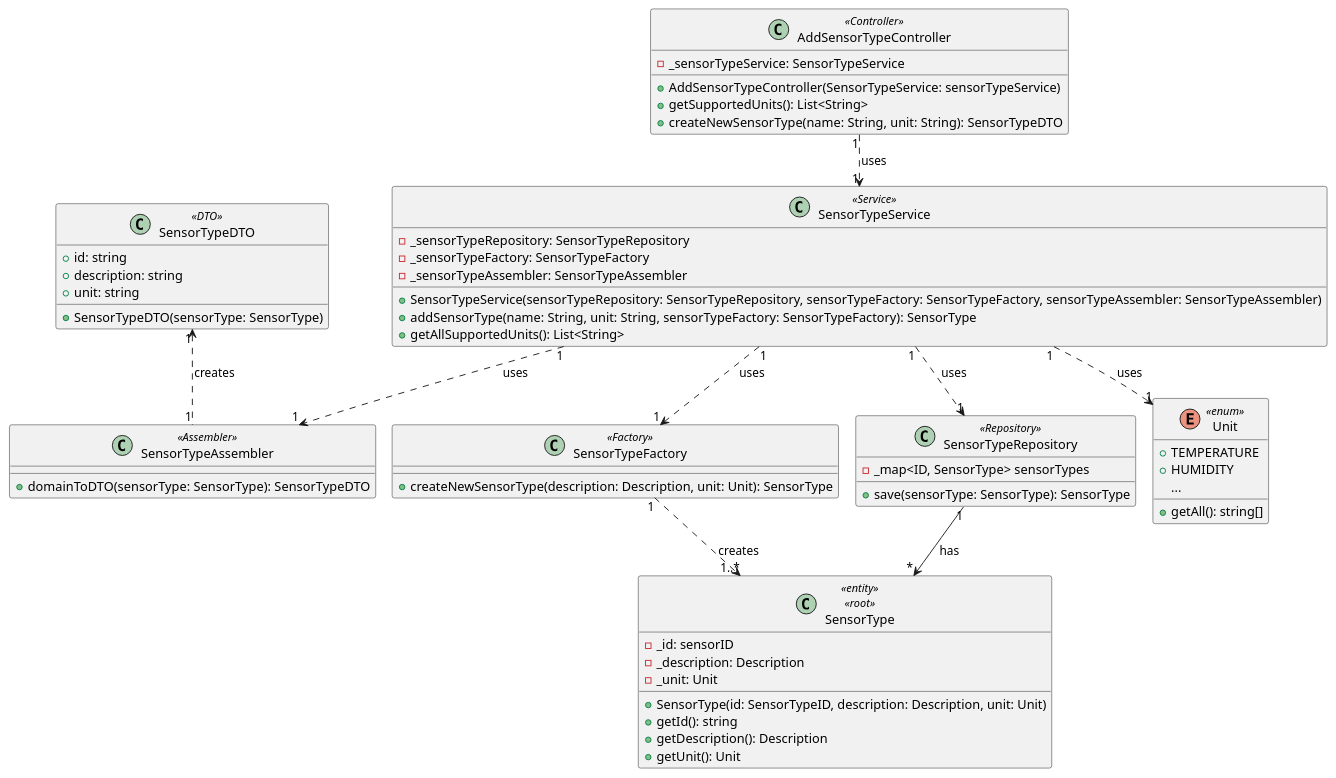
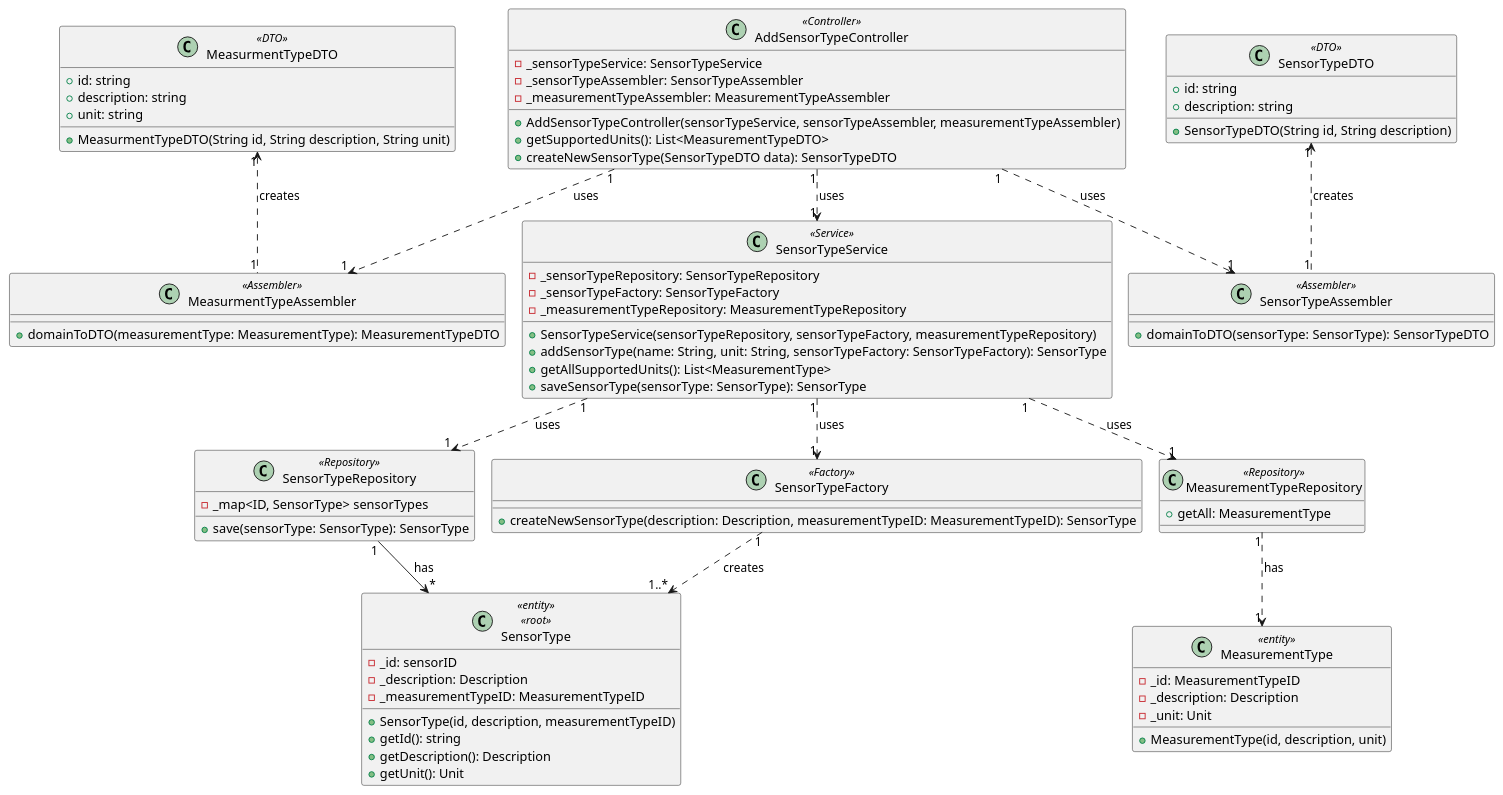
One commit to olivDiogo/SmartHome changed the diagram in docs/userStories/us04/artifacts/US04CD.puml. Above: the diagram before and after it, drawn with PlantUML. The commit also changed 12 other files, not shown here.

Commit message:
#127 updated diagrams for US04 #59 updated example diagrams

```diff
--- a/docs/userStories/us04/artifacts/US04CD.puml
+++ b/docs/userStories/us04/artifacts/US04CD.puml
@@ -1,66 +1,85 @@
 @startuml
 !pragma layout smetana
 
 class SensorType<<entity>> <<root>> {
   - _id: sensorID
   - _description: Description
-  - _unit: Unit
-  + SensorType(id: SensorTypeID, description: Description, unit: Unit)
+  - _measurementTypeID: MeasurementTypeID
+  + SensorType(id, description, measurementTypeID)
   + getId(): string
   + getDescription(): Description
   + getUnit(): Unit
   }
 
 class SensorTypeFactory<<Factory>> {
-  + createNewSensorType(description: Description, unit: Unit): SensorType
+  + createNewSensorType(description: Description, measurementTypeID: MeasurementTypeID): SensorType
   }
 
 class SensorTypeRepository<<Repository>> {
   - _map<ID, SensorType> sensorTypes
   + save(sensorType: SensorType): SensorType
   }
 class SensorTypeService<<Service>> {
     - _sensorTypeRepository: SensorTypeRepository
     - _sensorTypeFactory: SensorTypeFactory
-    - _sensorTypeAssembler: SensorTypeAssembler
-  + SensorTypeService(sensorTypeRepository: SensorTypeRepository, sensorTypeFactory: SensorTypeFactory, sensorTypeAssembler: SensorTypeAssembler)
+    - _measurementTypeRepository: MeasurementTypeRepository
+  + SensorTypeService(sensorTypeRepository, sensorTypeFactory, measurementTypeRepository)
   + addSensorType(name: String, unit: String, sensorTypeFactory: SensorTypeFactory): SensorType
-  + getAllSupportedUnits(): List<String>
+  + getAllSupportedUnits(): List<MeasurementType>
+  + saveSensorType(sensorType: SensorType): SensorType
+  }
+  class MeasurementTypeRepository<<Repository>> {
+
+    + getAll: MeasurementType
+    }
+class MeasurementType<<entity>> {
+  - _id: MeasurementTypeID
+  - _description: Description
+  - _unit: Unit
+  + MeasurementType(id, description, unit)
   }
 class AddSensorTypeController<<Controller>> {
   - _sensorTypeService: SensorTypeService
-  + AddSensorTypeController(SensorTypeService: sensorTypeService)
-  + getSupportedUnits(): List<String>
-  + createNewSensorType(name: String, unit: String): SensorTypeDTO
+  - _sensorTypeAssembler: SensorTypeAssembler
+  - _measurementTypeAssembler: MeasurementTypeAssembler
+  + AddSensorTypeController(sensorTypeService, sensorTypeAssembler, measurementTypeAssembler)
+  + getSupportedUnits(): List<MeasurementTypeDTO>
+  + createNewSensorType(SensorTypeDTO data): SensorTypeDTO
   }
 class SensorTypeDTO<<DTO>> {
 + id: string
 + description: string
-+ unit: string
-+ SensorTypeDTO(sensorType: SensorType)
++ SensorTypeDTO(String id, String description)
 }
 class SensorTypeAssembler<<Assembler>> {
   + domainToDTO(sensorType: SensorType): SensorTypeDTO
   }
+class MeasurmentTypeAssembler<<Assembler>> {
+  + domainToDTO(measurementType: MeasurementType): MeasurementTypeDTO
+  }
+class MeasurmentTypeDTO<<DTO>> {
+  + id: string
+  + description: string
+  + unit: string
+  + MeasurmentTypeDTO(String id, String description, String unit)
+  }
 
-enum Unit <<enum>> {
-+ TEMPERATURE
-+ HUMIDITY
-...
-+ getAll(): string[]
-}
+
 
 
 SensorTypeRepository"1" -down-> "*"SensorType: has
 SensorTypeService"1" .down.> "1"SensorTypeFactory: uses
-SensorTypeService"1" .down.> "1"Unit: uses
 SensorTypeService"1" .down.> "1"SensorTypeRepository: uses
+SensorTypeService"1" .down.> "1"MeasurementTypeRepository: uses
+MeasurementTypeRepository"1" .down.> "1"MeasurementType: has
 SensorTypeFactory"1" .down.> "1..*"SensorType: creates
 AddSensorTypeController"1" .down.> "1"SensorTypeService: uses
-SensorTypeService"1" .down.> "1"SensorTypeAssembler: uses
+AddSensorTypeController"1" .down.> "1"SensorTypeAssembler: uses
 SensorTypeAssembler"1" .up.> "1"SensorTypeDTO: creates
+AddSensorTypeController"1" .down.> "1"MeasurmentTypeAssembler: uses
+MeasurmentTypeAssembler"1" .up.> "1"MeasurmentTypeDTO: creates
 
 
 
 
 @enduml
```
